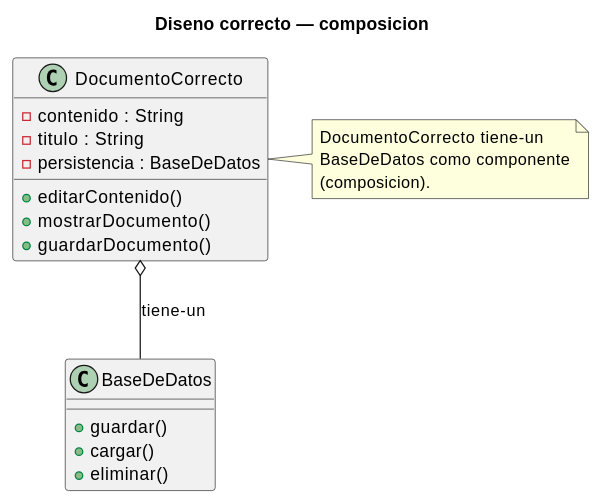
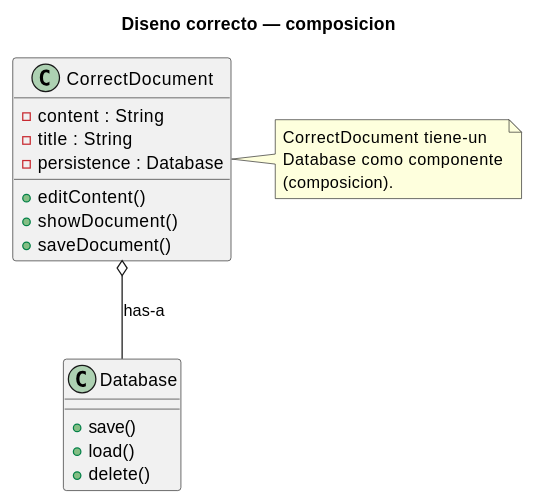
Before and after one commit to jcg-admin/IACT-docs: the second of 2 diagrams in source/requisitos/_metodologia-aplicacion/relaciones-uml/ejemplo-canonico-documento-y-basededatos.rst, drawn with PlantUML. The commit also changed other lines of this file and 16 other files, not shown here.

```diff
--- a/source/requisitos/_metodologia-aplicacion/relaciones-uml/ejemplo-canonico-documento-y-basededatos.rst
+++ b/source/requisitos/_metodologia-aplicacion/relaciones-uml/ejemplo-canonico-documento-y-basededatos.rst
@@ -38,27 +38,27 @@
 .. uml::
 
    @startuml
    title Diseno correcto — composicion
 
-   class BaseDeDatos {
-     + guardar()
-     + cargar()
-     + eliminar()
+   class Database {
+     + save()
+     + load()
+     + delete()
    }
 
-   class DocumentoCorrecto {
-     - contenido : String
-     - titulo : String
-     - persistencia : BaseDeDatos
-     + editarContenido()
-     + mostrarDocumento()
-     + guardarDocumento()
+   class CorrectDocument {
+     - content : String
+     - title : String
+     - persistence : Database
+     + editContent()
+     + showDocument()
+     + saveDocument()
    }
 
-   DocumentoCorrecto o-- BaseDeDatos : tiene-un
-   note right of DocumentoCorrecto
-     DocumentoCorrecto tiene-un
-     BaseDeDatos como componente
+   CorrectDocument o-- Database : has-a
+   note right of CorrectDocument
+     CorrectDocument tiene-un
+     Database como componente
      (composicion).
    end note
    @enduml
```
